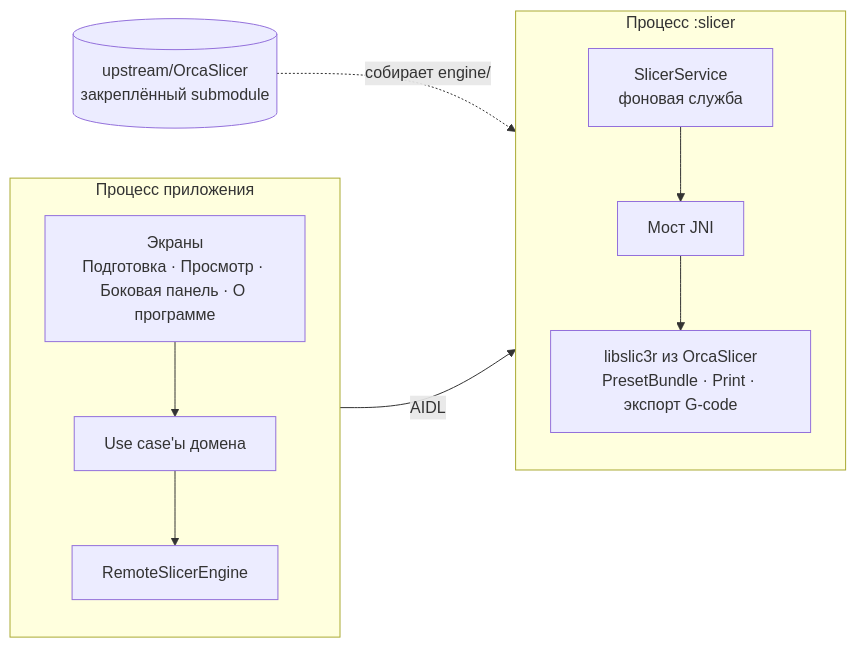
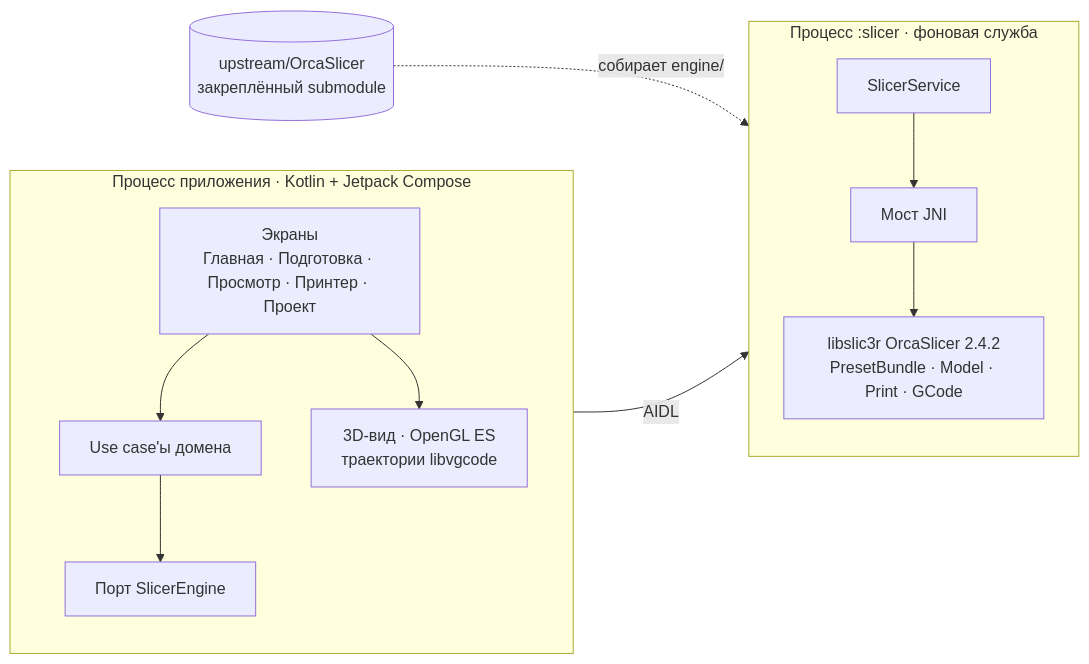
One commit to ArtLoz/-Orcinus changed the diagram in README.ru.md. Above: the diagram before and after it, drawn with Mermaid. The commit also changed other lines of this file and 1 other file, not shown here.

Commit message:
Rewrite the README in English and Russian for the finished port: what it does, how it is verified against desktop OrcaSlicer, how it is built

````diff
--- a/README.ru.md
+++ b/README.ru.md
@@ -61,15 +106,20 @@
 ```mermaid
 flowchart LR
-    subgraph ui["Процесс приложения"]
+    subgraph app["Процесс приложения · Kotlin + Jetpack Compose"]
         direction TB
-        features["Экраны<br/>Подготовка · Просмотр · Боковая панель · О программе"] --> domain["Use case'ы домена"]
-        domain --> remote["RemoteSlicerEngine"]
+        ui["Экраны<br/>Главная · Подготовка · Просмотр · Принтер · Проект"]
+        render["3D-вид · OpenGL ES<br/>траектории libvgcode"]
+        domain["Use case'ы домена"]
+        port["Порт SlicerEngine"]
+        ui --> domain
+        ui --> render
+        domain --> port
     end
-    subgraph slicer["Процесс :slicer"]
+    subgraph slicer["Процесс :slicer · фоновая служба"]
         direction TB
-        service["SlicerService<br/>фоновая служба"] --> bridge["Мост JNI"]
-        bridge --> orca["libslic3r из OrcaSlicer<br/>PresetBundle · Print · экспорт G-code"]
+        service["SlicerService"] --> jni["Мост JNI"]
+        jni --> orca["libslic3r OrcaSlicer 2.4.2<br/>PresetBundle · Model · Print · GCode"]
     end
-    remote -- AIDL --> service
-    upstream[("upstream/OrcaSlicer<br/>закреплённый submodule")] -. собирает engine/ .-> orca
+    port -- AIDL --> service
+    upstream[("upstream/OrcaSlicer<br/>закреплённый submodule")] -. "собирает engine/" .-> orca
 ```
````
